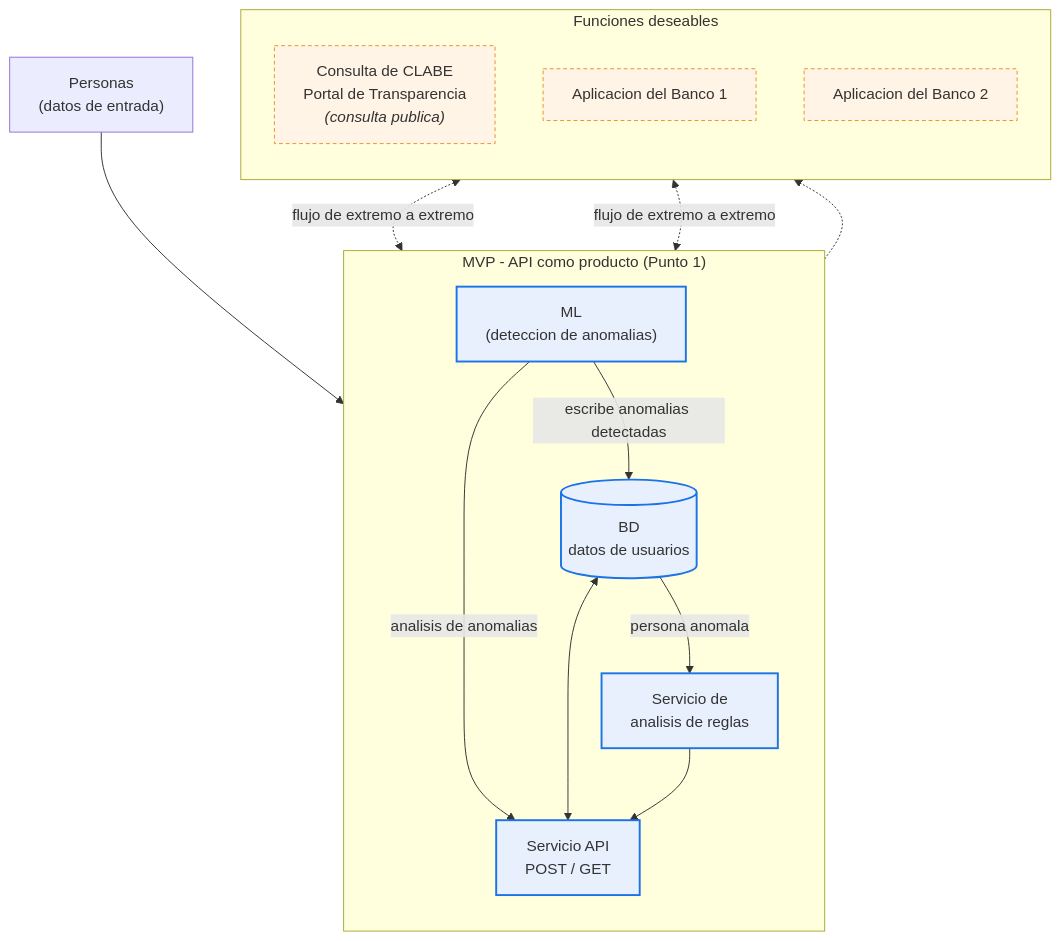
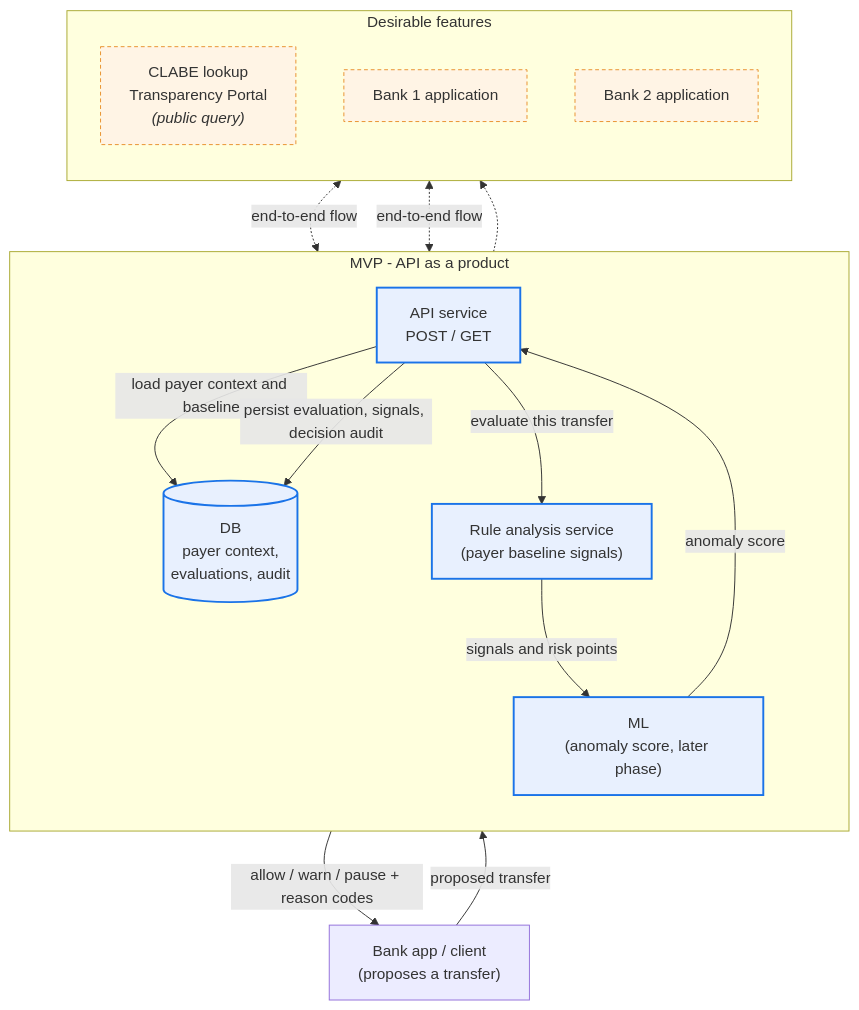
Before and after one commit to ThePaputronics/hackmty-capital-one: the diagram in docs/architechture/HACKMTY-ARCHITECTURE.md, drawn with Mermaid. The commit also changed other lines of this file and 2 other files, not shown here.

First line of the commit message:
docs(adr): record the canonical MVP architecture and reconcile the conflicts

````diff
--- a/docs/architechture/HACKMTY-ARCHITECTURE.md
+++ b/docs/architechture/HACKMTY-ARCHITECTURE.md
@@ -5,35 +12,36 @@
 ```mermaid
 flowchart TB
-    personas["Personas<br/>(datos de entrada)"]
+    client["Bank app / client<br/>(proposes a transfer)"]
 
-    subgraph mvp["MVP - API como producto (Punto 1)"]
+    subgraph mvp["MVP - API as a product"]
         direction TB
-        ml["ML<br/>(deteccion de anomalias)"]
-        db[("BD<br/>datos de usuarios")]
-        rules["Servicio de<br/>analisis de reglas"]
-        api["Servicio API<br/>POST / GET"]
+        api["API service<br/>POST / GET"]
+        rules["Rule analysis service<br/>(payer baseline signals)"]
+        ml["ML<br/>(anomaly score, later phase)"]
+        db[("DB<br/>payer context,<br/>evaluations, audit")]
     end
 
-    subgraph optional["Funciones deseables"]
+    subgraph optional["Desirable features"]
         direction TB
-        lookup["Consulta de CLABE<br/>Portal de Transparencia<br/><i>(consulta publica)</i>"]
-        banco1["Aplicacion del Banco 1"]
-        banco2["Aplicacion del Banco 2"]
+        lookup["CLABE lookup<br/>Transparency Portal<br/><i>(public query)</i>"]
+        banco1["Bank 1 application"]
+        banco2["Bank 2 application"]
     end
 
-    personas --> ml
-    ml -->|"escribe anomalias detectadas"| db
-    ml -->|"analisis de anomalias"| api
-    db -->|"persona anomala"| rules
-    db <--> api
-    rules --> api
+    client -->|"proposed transfer"| api
+    api -->|"load payer context and baseline"| db
+    api -->|"evaluate this transfer"| rules
+    rules -->|"signals and risk points"| ml
+    ml -->|"anomaly score"| api
+    api -->|"persist evaluation, signals, decision audit"| db
+    api -->|"allow / warn / pause + reason codes"| client
 
     api -.-> lookup
-    banco1 <-.->|"flujo de extremo a extremo"| api
-    banco2 <-.->|"flujo de extremo a extremo"| api
+    banco1 <-.->|"end-to-end flow"| api
+    banco2 <-.->|"end-to-end flow"| api
 
     classDef core fill:#e8f0fe,stroke:#1a73e8,stroke-width:2px
     classDef extra fill:#fff4e5,stroke:#e8912d,stroke-width:1px,stroke-dasharray:4 3
     class ml,db,rules,api core
     class lookup,banco1,banco2 extra
 ```
````
